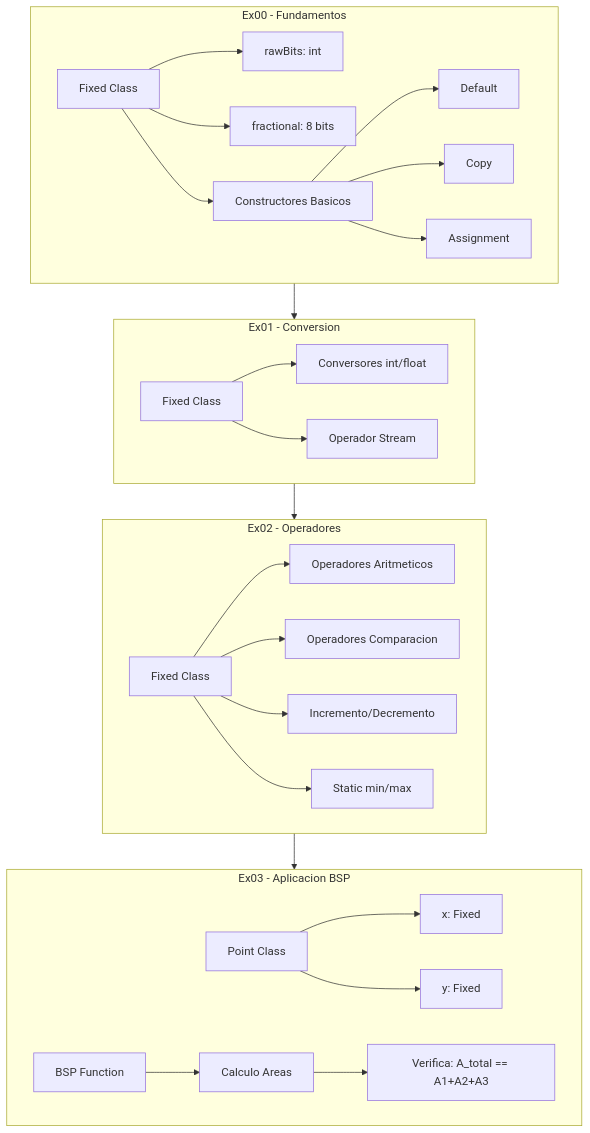
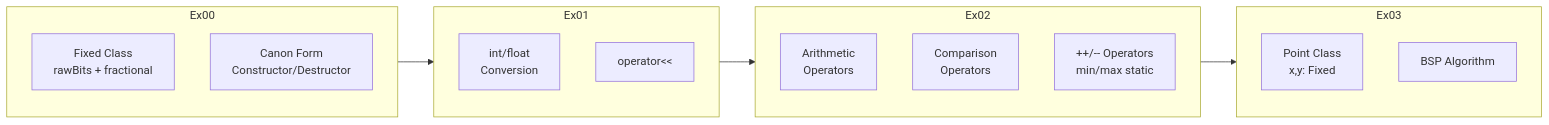
Before and after one commit to samuelhm/CPP-MODULE-02: the diagram in README.md, drawn with Mermaid. The commit also changed other lines of this file, not shown here.

````diff
--- a/README.md
+++ b/README.md
@@ -49,34 +46,21 @@
 ```mermaid
-flowchart TB
-    subgraph ex00["Ex00 - Fundamentos"]
-        A[Fixed Class] --> B[rawBits: int]
-        A --> C[fractional: 8 bits]
-        A --> D[Constructores Basicos]
-        D --> D1[Default]
-        D --> D2[Copy]
-        D --> D3[Assignment]
+flowchart LR
+    subgraph ex00["Ex00"]
+        A[Fixed Class<br>rawBits + fractional]
+        B[Canon Form<br>Constructor/Destructor]
     end
-
-    subgraph ex01["Ex01 - Conversion"]
-        E[Fixed Class] --> F[Conversores int/float]
-        E --> G[Operador Stream]
+    subgraph ex01["Ex01"]
+        C[int/float<br>Conversion]
+        D[operator&lt;&lt;]
     end
-
-    subgraph ex02["Ex02 - Operadores"]
-        H[Fixed Class] --> I[Operadores Aritmeticos]
-        H --> J[Operadores Comparacion]
-        H --> K[Incremento/Decremento]
-        H --> L[Static min/max]
+    subgraph ex02["Ex02"]
+        E[Arithmetic<br>Operators]
+        F[Comparison<br>Operators]
+        G[++/-- Operators<br>min/max static]
     end
-
-    subgraph ex03["Ex03 - Aplicacion BSP"]
-        M[Point Class] --> N[x: Fixed]
-        M --> O[y: Fixed]
-        P[BSP Function] --> Q[Calculo Areas]
-        Q --> R["Verifica: A_total == A1+A2+A3"]
+    subgraph ex03["Ex03"]
+        H[Point Class<br>x,y: Fixed]
+        I[BSP Algorithm]
     end
-
-    ex00 --> ex01
-    ex01 --> ex02
-    ex02 --> ex03
+    ex00 --> ex01 --> ex02 --> ex03
 ```
````
